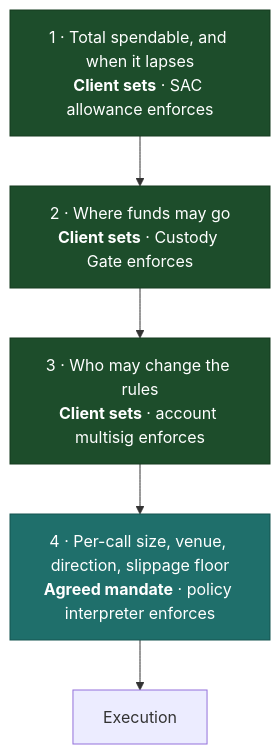
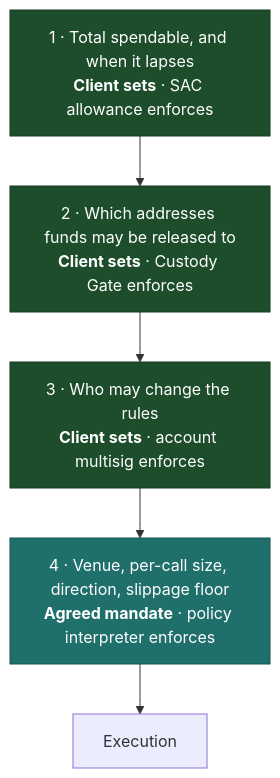
Before and after one commit to untangledfinance/oz-policy-builder: the third of 5 diagrams in docs/custody-preserving-execution.md, drawn with Mermaid. The commit also changed other lines of this file and 4 other files, not shown here.

````diff
--- a/docs/custody-preserving-execution.md
+++ b/docs/custody-preserving-execution.md
@@ -273,12 +279,12 @@
 ```mermaid
 flowchart TB
     A["1 · Total spendable, and when it lapses<br/><b>Client sets</b> · SAC allowance enforces"]
-    B["2 · Where funds may go<br/><b>Client sets</b> · Custody Gate enforces"]
+    B["2 · Which addresses funds may be released to<br/><b>Client sets</b> · Custody Gate enforces"]
     C["3 · Who may change the rules<br/><b>Client sets</b> · account multisig enforces"]
-    D["4 · Per-call size, venue, direction, slippage floor<br/><b>Agreed mandate</b> · policy interpreter enforces"]
+    D["4 · Venue, per-call size, direction, slippage floor<br/><b>Agreed mandate</b> · policy interpreter enforces"]
     A --> B --> C --> D --> E["Execution"]
     style A fill:#1d4d2b,color:#fff,stroke:#143a1f
     style B fill:#1d4d2b,color:#fff,stroke:#143a1f
     style C fill:#1d4d2b,color:#fff,stroke:#143a1f
     style D fill:#1F6F6B,color:#fff,stroke:#155450
 ```
````
